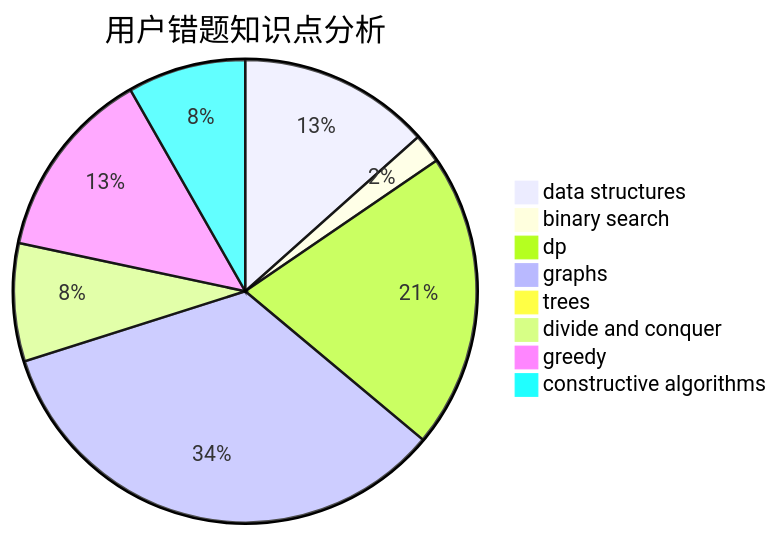
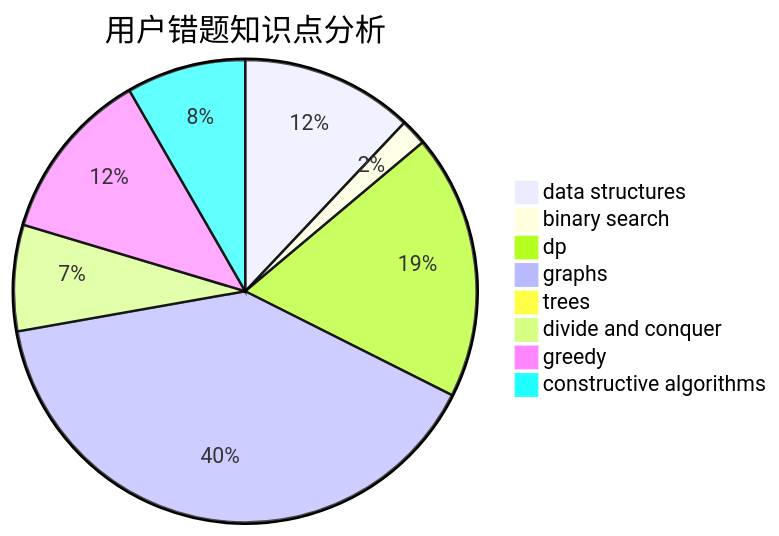
One commit to sherpahu/cfrs.github.io changed the third of 3 diagrams in docs/user/u1183.md. Above: the diagram before and after it, drawn with Mermaid. The commit also changed other lines of this file and 2770 other files, not shown here.

````diff
--- a/docs/user/u1183.md
+++ b/docs/user/u1183.md
@@ -36,11 +36,11 @@
 ```mermaid
 pie title 用户错题知识点分析
     "data structures" :  13
     "binary search" :  2
     "dp" :  20
-    "graphs" :  33
+    "graphs" :  43
     "trees" :  0
     "divide and conquer" :  8
     "greedy" :  13
-    "constructive algorithms" :  8
+    "constructive algorithms" :  9
 ```
````
